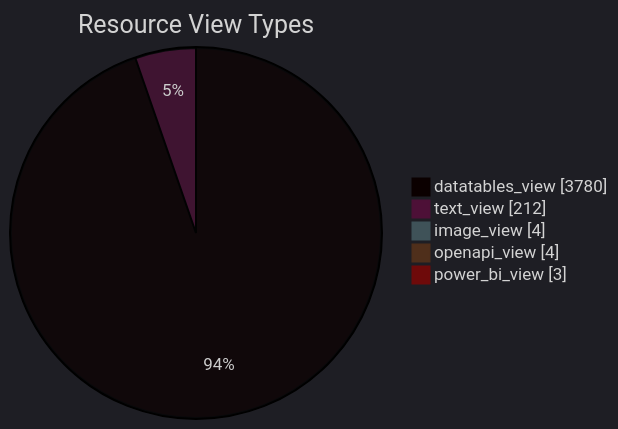
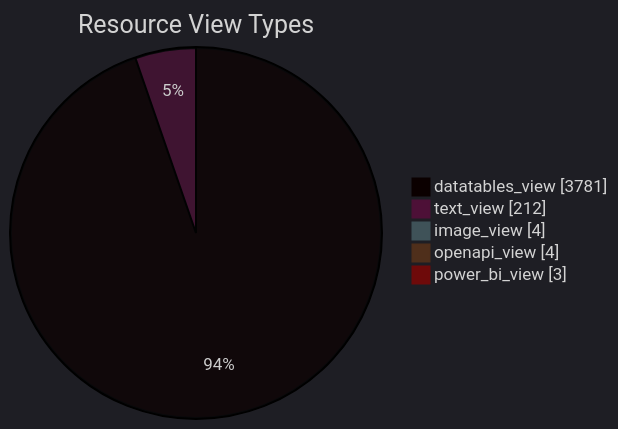
One commit to open-data/analytics-corporate-reporting changed the diagram in datastore_tracker/resource_view_types_pie_chart.md. Above: the diagram before and after it, drawn with Mermaid. The commit also changed 15 other files, not shown here.

````diff
--- a/datastore_tracker/resource_view_types_pie_chart.md
+++ b/datastore_tracker/resource_view_types_pie_chart.md
@@ -2,12 +2,12 @@
 ```mermaid
 ---
 config:
   theme: dark
 ---
 pie showData title Resource View Types
-    "datatables_view": 3780
+    "datatables_view": 3781
     "text_view": 212
     "image_view": 4
     "openapi_view": 4
     "power_bi_view": 3
 ```
````
